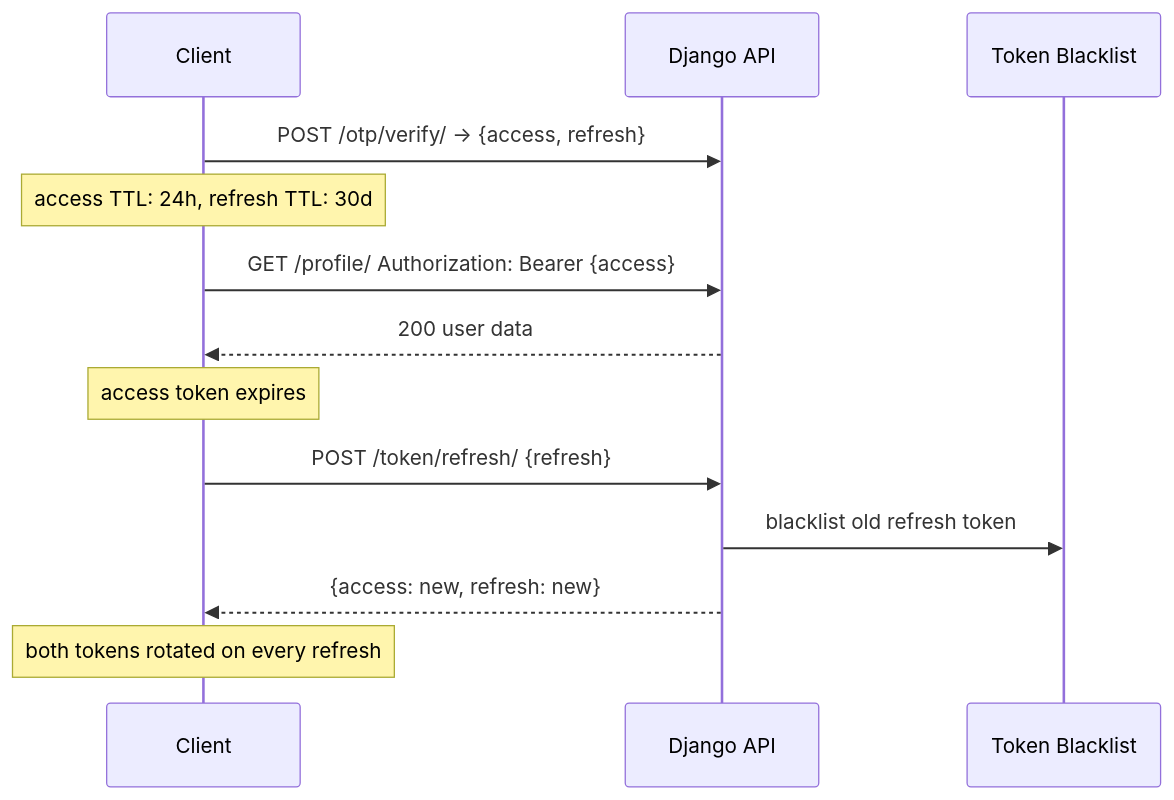
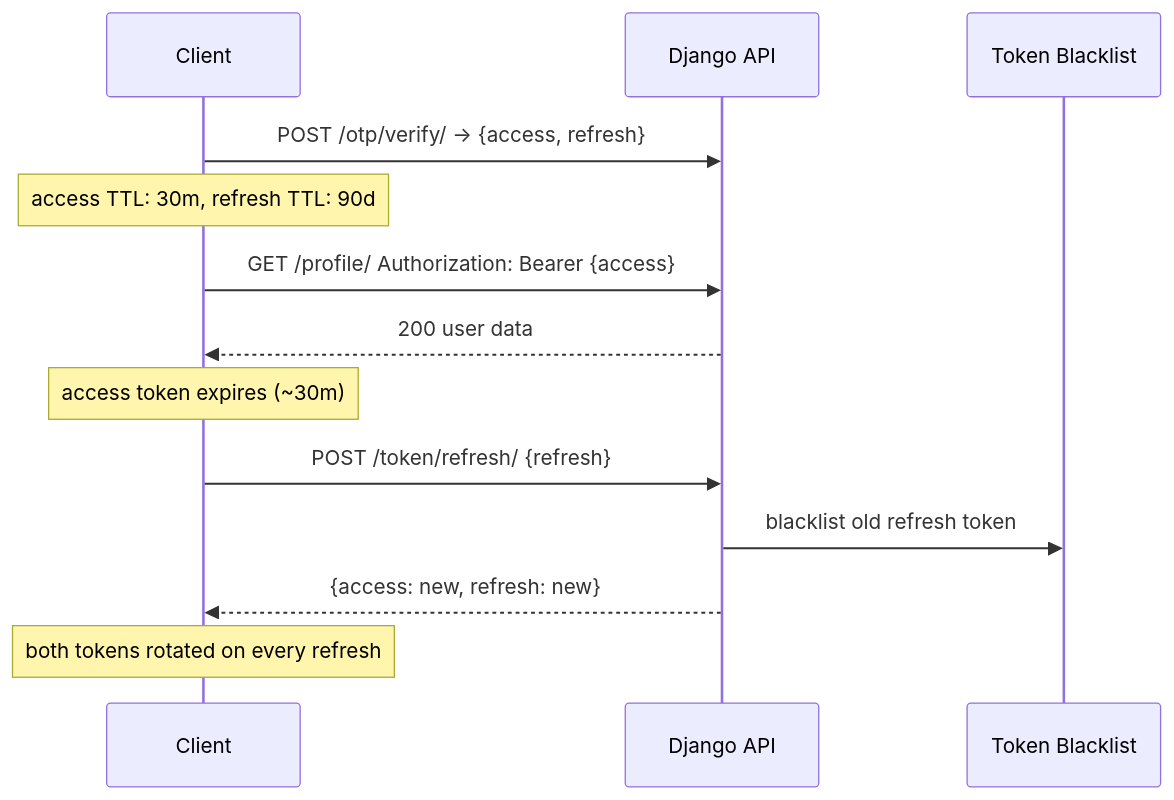
One commit to markolofsen/django-cfg changed the first of 3 diagrams in docs/features/built-in-apps/user-management/accounts/jwt.mdx. Above: the diagram before and after it, drawn with Mermaid. The commit also changed other lines of this file and 49 other files, not shown here.

````diff
--- a/docs/features/built-in-apps/user-management/accounts/jwt.mdx
+++ b/docs/features/built-in-apps/user-management/accounts/jwt.mdx
@@ -96,19 +111,19 @@
 ```mermaid
 sequenceDiagram
     participant C as Client
     participant API as Django API
     participant BL as Token Blacklist
 
     C->>API: POST /otp/verify/ → {access, refresh}
-    Note over C: access TTL: 24h, refresh TTL: 30d
+    Note over C: access TTL: 30m, refresh TTL: 90d
 
     C->>API: GET /profile/ Authorization: Bearer {access}
     API-->>C: 200 user data
 
-    Note over C: access token expires
+    Note over C: access token expires (~30m)
 
     C->>API: POST /token/refresh/ {refresh}
     API->>BL: blacklist old refresh token
     API-->>C: {access: new, refresh: new}
     Note over C: both tokens rotated on every refresh
 ```
````
